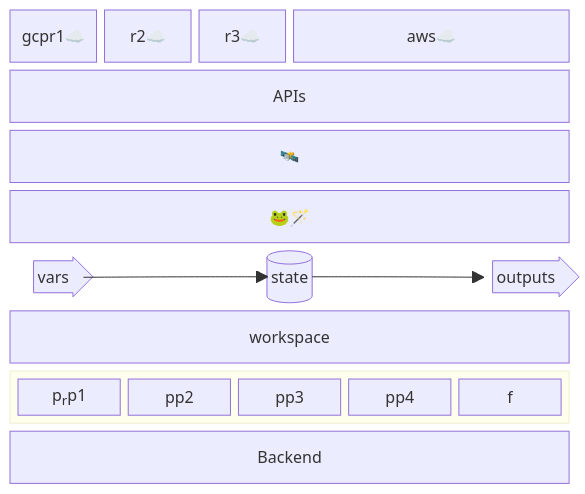
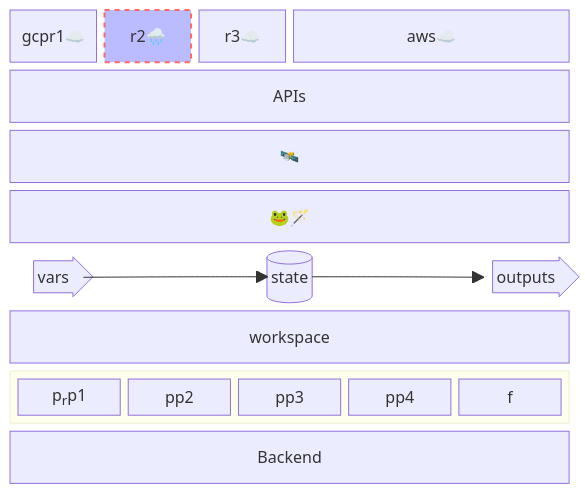
One commit to sohale/cs-glossaries changed the diagram in devops/terraform-tut.md. Above: the diagram before and after it, drawn with Mermaid.

````diff
--- a/devops/terraform-tut.md
+++ b/devops/terraform-tut.md
@@ -78,36 +78,37 @@
 ```mermaid
 block-beta
   columns 6
-  gcpr1☁️ r2☁️ r3☁️ aws☁️:3
+  gcpr1☁️ r2["r2🌧️"] r3☁️ aws☁️:3
+  style r2 fill:#bbf,stroke:#f66,stroke-width:2px,color:#fff,stroke-dasharray: 5 5
   %% resources on cloud providers
   APIs:6
   interwebs["🛰️"]:6
   %% block:group1:6
   %%   columns 2
   %%   h i j k
   %% end
   g["🐸🪄"]:6
   %% block:group2:6
   %%  %% columns auto (default)
   %%  p1 p2 p3  p4 p5 p6
   %% end
   %% outputs["outputs"]:6
   %% vars1>"vars"]:1
   %% via bash's env, cli args, etc:
   vars1<["vars"]>(right):1
   %% file system  "state on file system"
   state1[("state")]:4
   %% outs1>"outputs"]:1
   outs1<["outputs"]>(right):1
   vars1-->state1
   state1-->outs1
   %% variables["variables"]:6
   workspace["workspace"]:6
   block:group3:6
     columns 5
     %%  The width of the columns is determined by the widest block
     %% pp["provider plugins"]:1
     p1["p<sub>r</sub>p1"]:1 pp2:1 pp3:1 pp4:1 f:1
   end
   Backend:6
 ```
````
